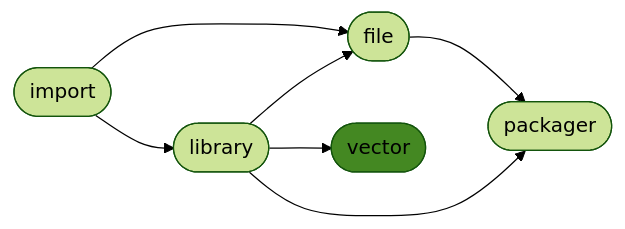
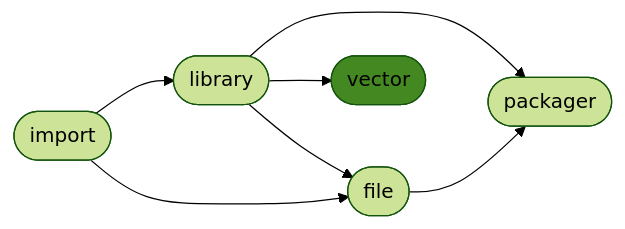
One commit to ManderaGeneral/generalvector changed the diagram in README.md. Above: the diagram before and after it, drawn with Mermaid (forest theme). The commit also changed other lines of this file, not shown here.

````diff
--- a/README.md
+++ b/README.md
@@ -24,15 +24,15 @@
 ```mermaid
 flowchart LR
+1([library]) --> 2([file])
 0([import]) --> 2([file])
-1([library]) --> 2([file])
+1([library]) --> 3([vector])
+1([library]) --> 4([packager])
+0([import]) --> 1([library])
 2([file]) --> 4([packager])
-0([import]) --> 1([library])
-1([library]) --> 4([packager])
-1([library]) --> 3([vector])
 click 0 "https://github.com/ManderaGeneral/generalimport"
 click 1 "https://github.com/ManderaGeneral/generallibrary"
 click 2 "https://github.com/ManderaGeneral/generalfile"
 click 3 "https://github.com/ManderaGeneral/generalvector"
 click 4 "https://github.com/ManderaGeneral/generalpackager"
 style 3 fill:#482
 ```
````
